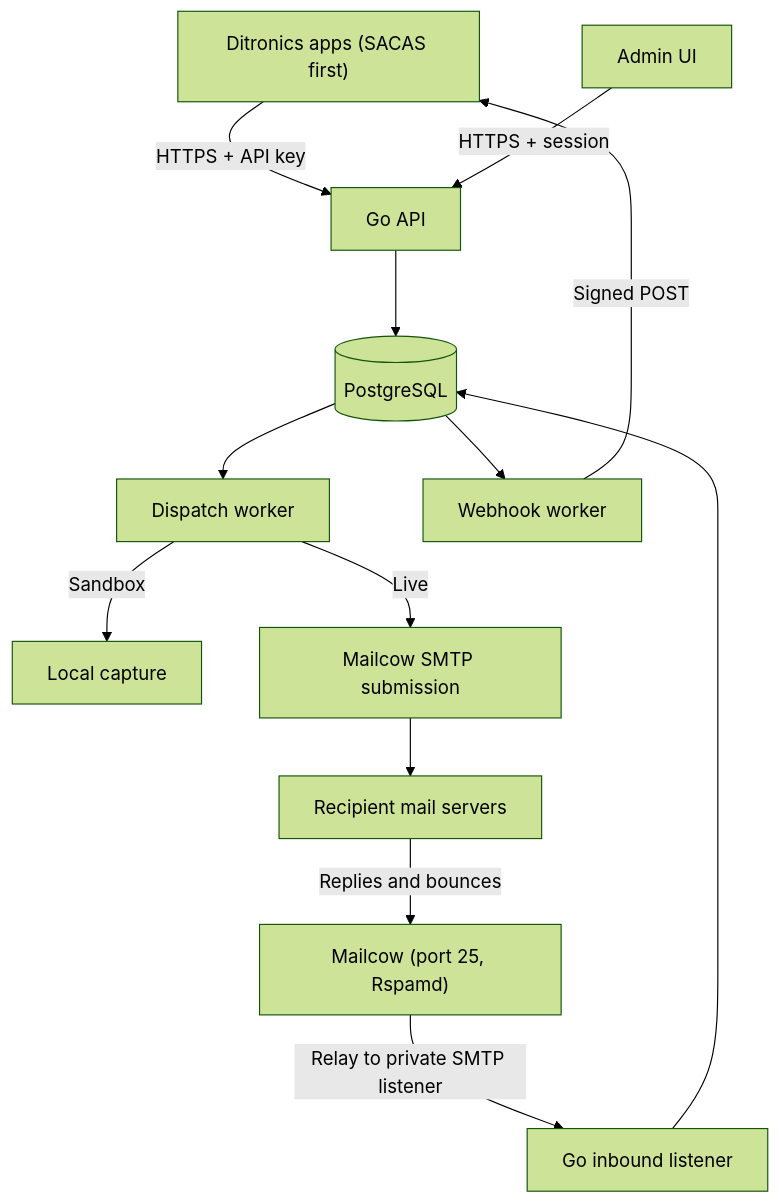
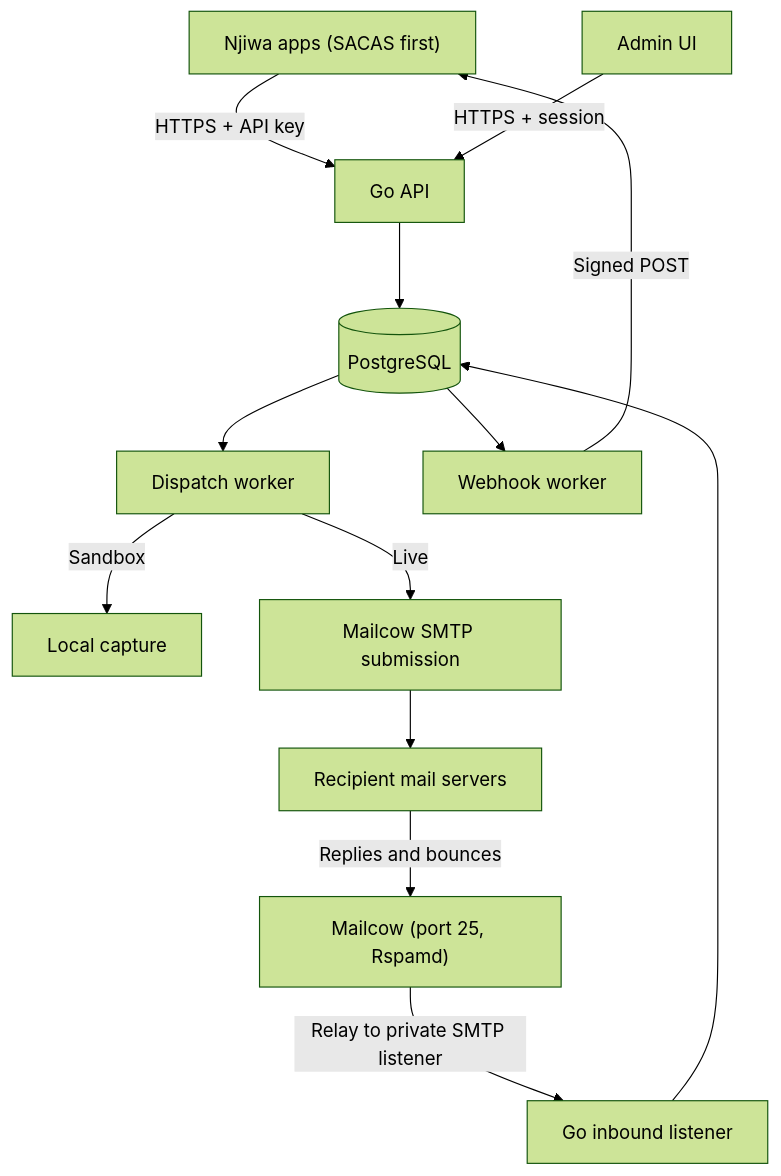
Before and after one commit to dadyutenga/Njiwa-Mail: the diagram in docs/v2.md, drawn with Mermaid (forest theme). The commit also changed other lines of this file and 96 other files, not shown here.

````diff
--- a/docs/v2.md
+++ b/docs/v2.md
@@ -42,15 +42,15 @@
 ```mermaid
 flowchart TD
-    A["Ditronics apps (SACAS first)"] -->|"HTTPS + API key"| B["Go API"]
+    A["Njiwa apps (SACAS first)"] -->|"HTTPS + API key"| B["Go API"]
     U["Admin UI"] -->|"HTTPS + session"| B
     B --> C[("PostgreSQL")]
     C --> D["Dispatch worker"]
     D -->|Sandbox| F["Local capture"]
     D -->|Live| G["Mailcow SMTP submission"]
     G --> H["Recipient mail servers"]
     H -->|"Replies and bounces"| M["Mailcow (port 25, Rspamd)"]
     M -->|"Relay to private SMTP listener"| I["Go inbound listener"]
     I --> C
     C --> W["Webhook worker"]
     W -->|"Signed POST"| A
 ```
````
